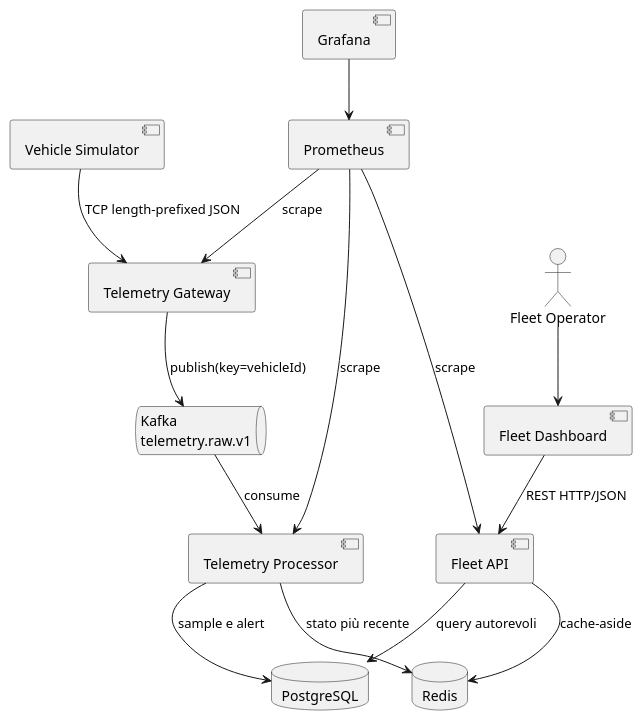
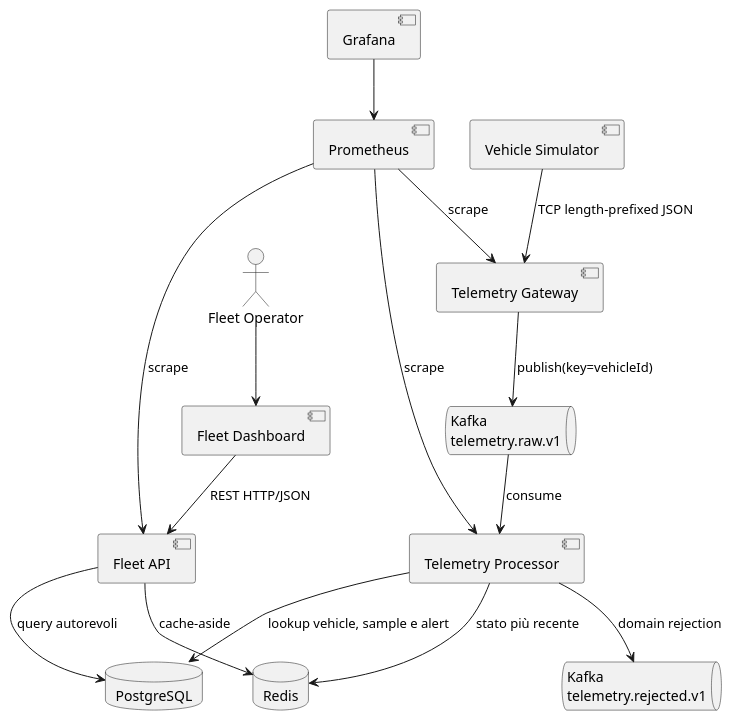
The diagram in docs/diagrammi/componenti.puml (val3riot/FleetPulse), drawn with PlantUML before and after one commit. The commit also changed 12 other files, not shown here.

First line of the commit message:
docs(architecture): define asynchronous vehicle validation

```diff
--- a/docs/diagrammi/componenti.puml
+++ b/docs/diagrammi/componenti.puml
@@ -1,27 +1,29 @@
 @startuml
 actor "Fleet Operator" as Operator
 component "Fleet Dashboard" as Dashboard
 component "Vehicle Simulator" as Simulator
 component "Telemetry Gateway" as Gateway
 queue "Kafka\ntelemetry.raw.v1" as Kafka
+queue "Kafka\ntelemetry.rejected.v1" as Rejected
 component "Telemetry Processor" as Processor
 database "PostgreSQL" as PostgreSQL
 database "Redis" as Redis
 component "Fleet API" as API
 component "Prometheus" as Prometheus
 component "Grafana" as Grafana
 
 Operator --> Dashboard
 Dashboard --> API : REST HTTP/JSON
 Simulator --> Gateway : TCP length-prefixed JSON
 Gateway --> Kafka : publish(key=vehicleId)
 Kafka --> Processor : consume
-Processor --> PostgreSQL : sample e alert
+Processor --> PostgreSQL : lookup vehicle, sample e alert
+Processor --> Rejected : domain rejection
 Processor --> Redis : stato più recente
 API --> PostgreSQL : query autorevoli
 API --> Redis : cache-aside
 Prometheus --> Gateway : scrape
 Prometheus --> Processor : scrape
 Prometheus --> API : scrape
 Grafana --> Prometheus
 @enduml
```
